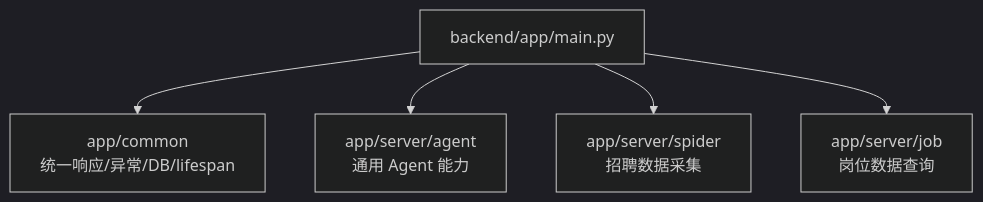
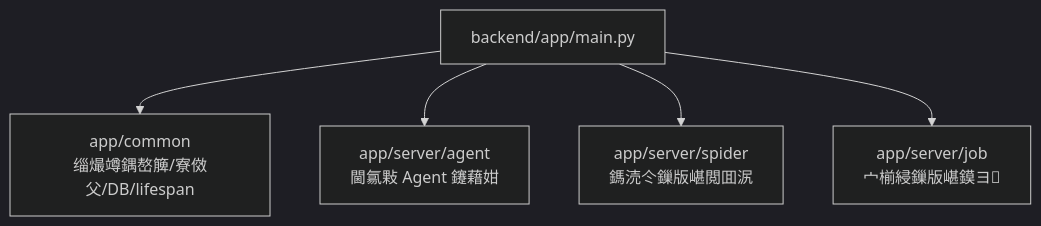
The third of 5 diagrams in docs/架构图.md (Auhyuan/CareerOS), drawn with Mermaid (dark theme) before and after one commit. The commit also changed other lines of this file and 21 other files, not shown here.

````diff
--- a/docs/架构图.md
+++ b/docs/架构图.md
@@ -63,13 +57,13 @@
 ```mermaid
 flowchart TB
     Main["backend/app/main.py"]
-    Common["app/common<br/>统一响应/异常/DB/lifespan"]
-    Agent["app/server/agent<br/>通用 Agent 能力"]
-    Spider["app/server/spider<br/>招聘数据采集"]
-    Job["app/server/job<br/>岗位数据查询"]
+    Common["app/common<br/>缁熶竴鍝嶅簲/寮傚父/DB/lifespan"]
+    Agent["app/server/agent<br/>閫氱敤 Agent 鑳藉姏"]
+    Spider["app/server/spider<br/>鎷涜仒鏁版嵁閲囬泦"]
+    Job["app/server/job<br/>宀椾綅鏁版嵁鏌ヨ"]
 
     Main --> Common
     Main --> Agent
     Main --> Spider
     Main --> Job
 ```
````
